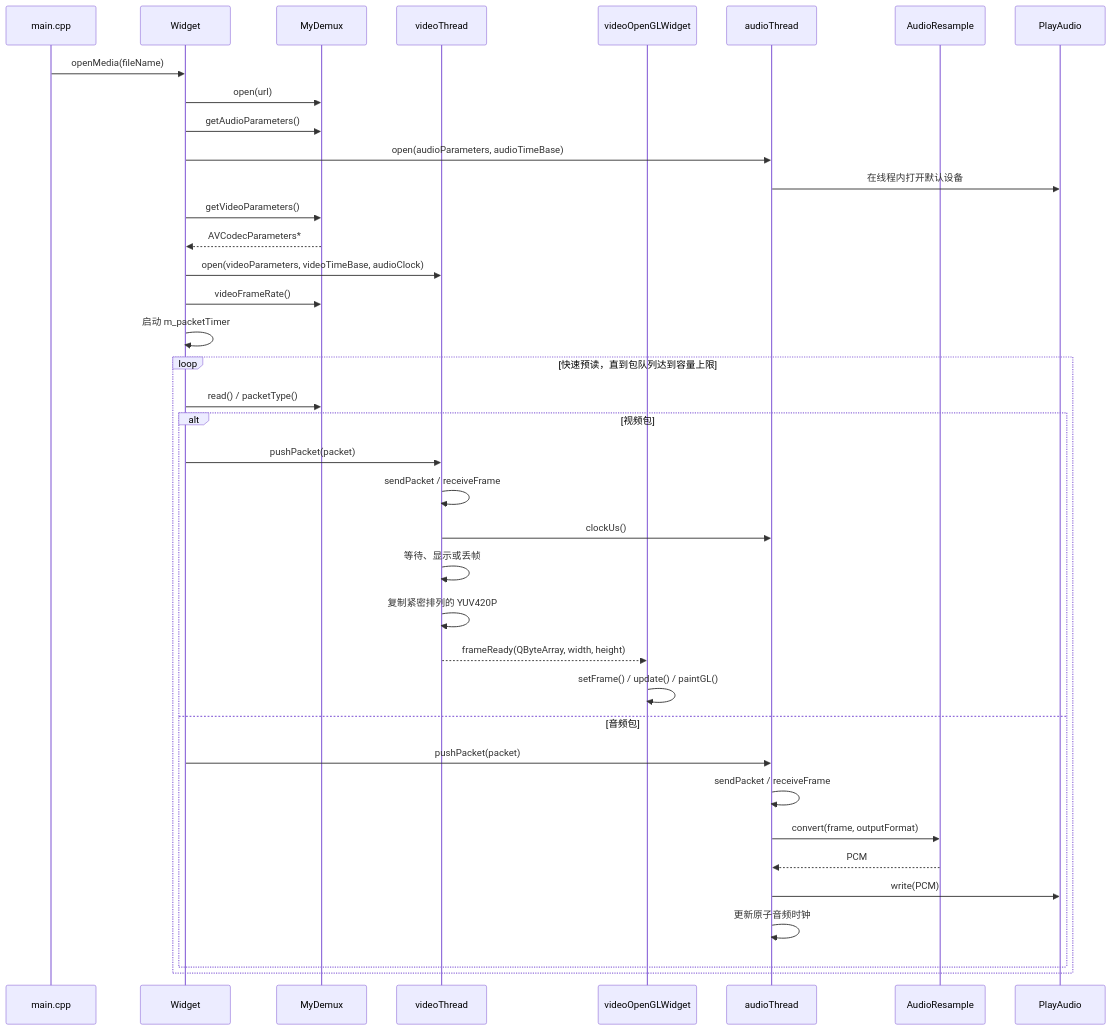
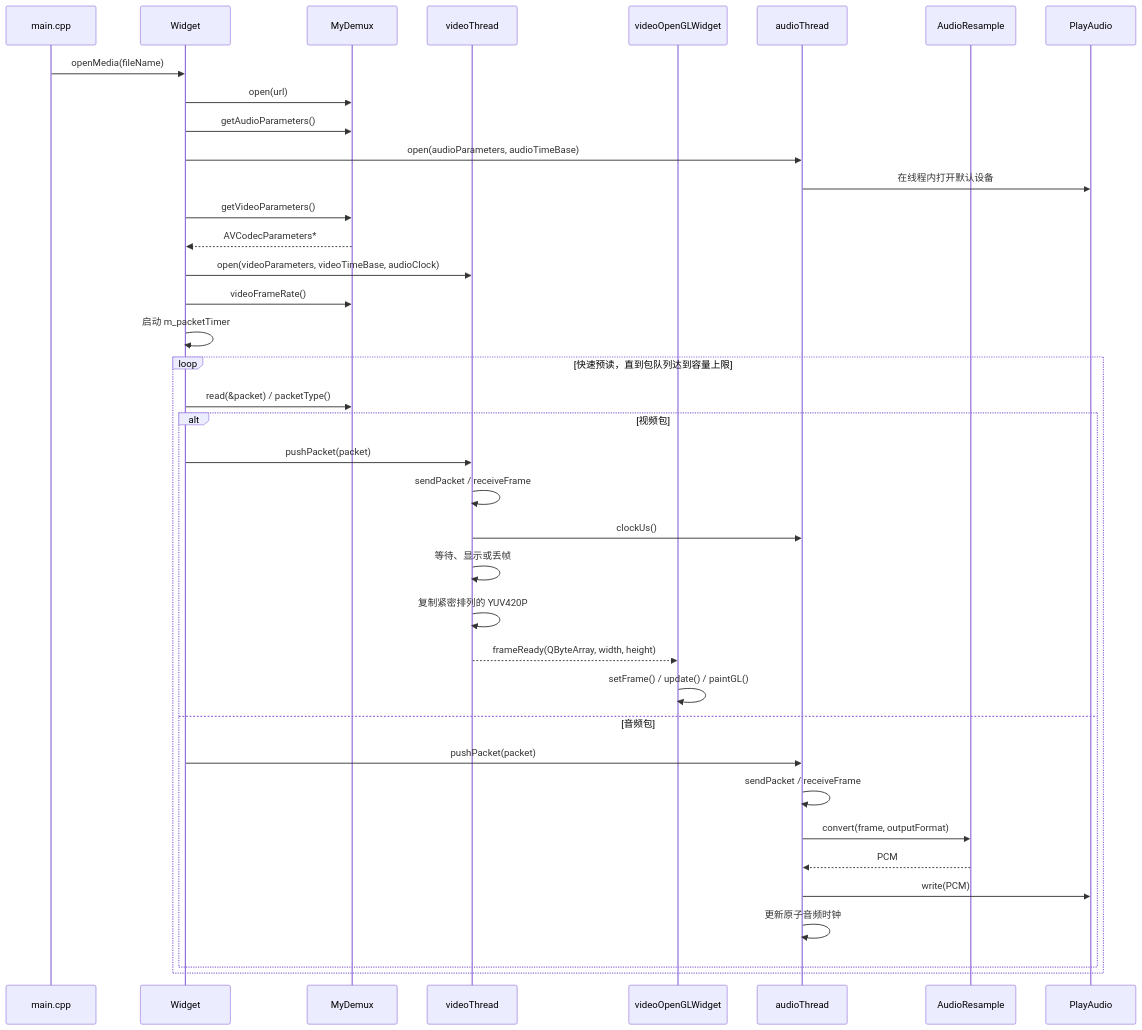
One commit to lalalaaha12138-pixel/lsf changed the second of 2 diagrams in DEVELOPMENT.md. Above: the diagram before and after it, drawn with Mermaid. The commit also changed other lines of this file and 4 other files, not shown here.

````diff
--- a/DEVELOPMENT.md
+++ b/DEVELOPMENT.md
@@ -151,42 +151,42 @@
 ```mermaid
 sequenceDiagram
     participant Main as main.cpp
     participant Player as Widget
     participant Demux as MyDemux
     participant VideoThread as videoThread
     participant Renderer as videoOpenGLWidget
     participant AudioThread as audioThread
     participant Resample as AudioResample
     participant Audio as PlayAudio
 
     Main->>Player: openMedia(fileName)
     Player->>Demux: open(url)
     Player->>Demux: getAudioParameters()
     Player->>AudioThread: open(audioParameters, audioTimeBase)
     AudioThread->>Audio: 在线程内打开默认设备
     Player->>Demux: getVideoParameters()
     Demux-->>Player: AVCodecParameters*
     Player->>VideoThread: open(videoParameters, videoTimeBase, audioClock)
     Player->>Demux: videoFrameRate()
     Player->>Player: 启动 m_packetTimer
 
     loop 快速预读，直到包队列达到容量上限
-        Player->>Demux: read() / packetType()
+        Player->>Demux: read(&packet) / packetType()
         alt 视频包
             Player->>VideoThread: pushPacket(packet)
             VideoThread->>VideoThread: sendPacket / receiveFrame
             VideoThread->>AudioThread: clockUs()
             VideoThread->>VideoThread: 等待、显示或丢帧
             VideoThread->>VideoThread: 复制紧密排列的 YUV420P
             VideoThread-->>Renderer: frameReady(QByteArray, width, height)
             Renderer->>Renderer: setFrame() / update() / paintGL()
         else 音频包
             Player->>AudioThread: pushPacket(packet)
             AudioThread->>AudioThread: sendPacket / receiveFrame
             AudioThread->>Resample: convert(frame, outputFormat)
             Resample-->>AudioThread: PCM
             AudioThread->>Audio: write(PCM)
             AudioThread->>AudioThread: 更新原子音频时钟
         end
     end
 ```
````
